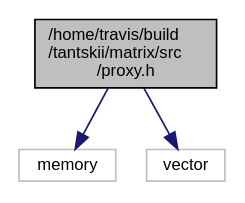
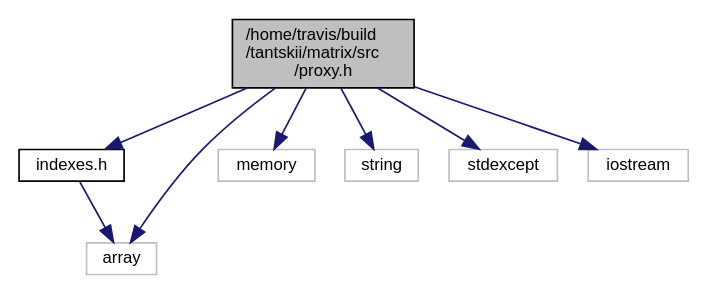
Before and after one commit to tantskii/matrix: the diagram in proxy_8h__incl.dot, drawn with Graphviz. The commit also changed 95 other files, not shown here.

```diff
--- a/proxy_8h__incl.dot
+++ b/proxy_8h__incl.dot
@@ -1,10 +1,19 @@
 digraph "/home/travis/build/tantskii/matrix/src/proxy.h"
 {
   edge [fontname="Helvetica",fontsize="10",labelfontname="Helvetica",labelfontsize="10"];
   node [fontname="Helvetica",fontsize="10",shape=record];
   Node1 [label="/home/travis/build\l/tantskii/matrix/src\l/proxy.h",height=0.2,width=0.4,color="black", fillcolor="grey75", style="filled", fontcolor="black"];
   Node1 -> Node2 [color="midnightblue",fontsize="10",style="solid",fontname="Helvetica"];
-  Node2 [label="memory",height=0.2,width=0.4,color="grey75", fillcolor="white", style="filled"];
+  Node2 [label="indexes.h",height=0.2,width=0.4,color="black", fillcolor="white", style="filled",URL="$indexes_8h.html",tooltip="Заголовочный класс, содержащий определение набора индексов "];
+  Node2 -> Node3 [color="midnightblue",fontsize="10",style="solid",fontname="Helvetica"];
+  Node3 [label="array",height=0.2,width=0.4,color="grey75", fillcolor="white", style="filled"];
+  Node1 -> Node4 [color="midnightblue",fontsize="10",style="solid",fontname="Helvetica"];
+  Node4 [label="memory",height=0.2,width=0.4,color="grey75", fillcolor="white", style="filled"];
+  Node1 -> Node5 [color="midnightblue",fontsize="10",style="solid",fontname="Helvetica"];
+  Node5 [label="string",height=0.2,width=0.4,color="grey75", fillcolor="white", style="filled"];
   Node1 -> Node3 [color="midnightblue",fontsize="10",style="solid",fontname="Helvetica"];
-  Node3 [label="vector",height=0.2,width=0.4,color="grey75", fillcolor="white", style="filled"];
+  Node1 -> Node6 [color="midnightblue",fontsize="10",style="solid",fontname="Helvetica"];
+  Node6 [label="stdexcept",height=0.2,width=0.4,color="grey75", fillcolor="white", style="filled"];
+  Node1 -> Node7 [color="midnightblue",fontsize="10",style="solid",fontname="Helvetica"];
+  Node7 [label="iostream",height=0.2,width=0.4,color="grey75", fillcolor="white", style="filled"];
 }
```
